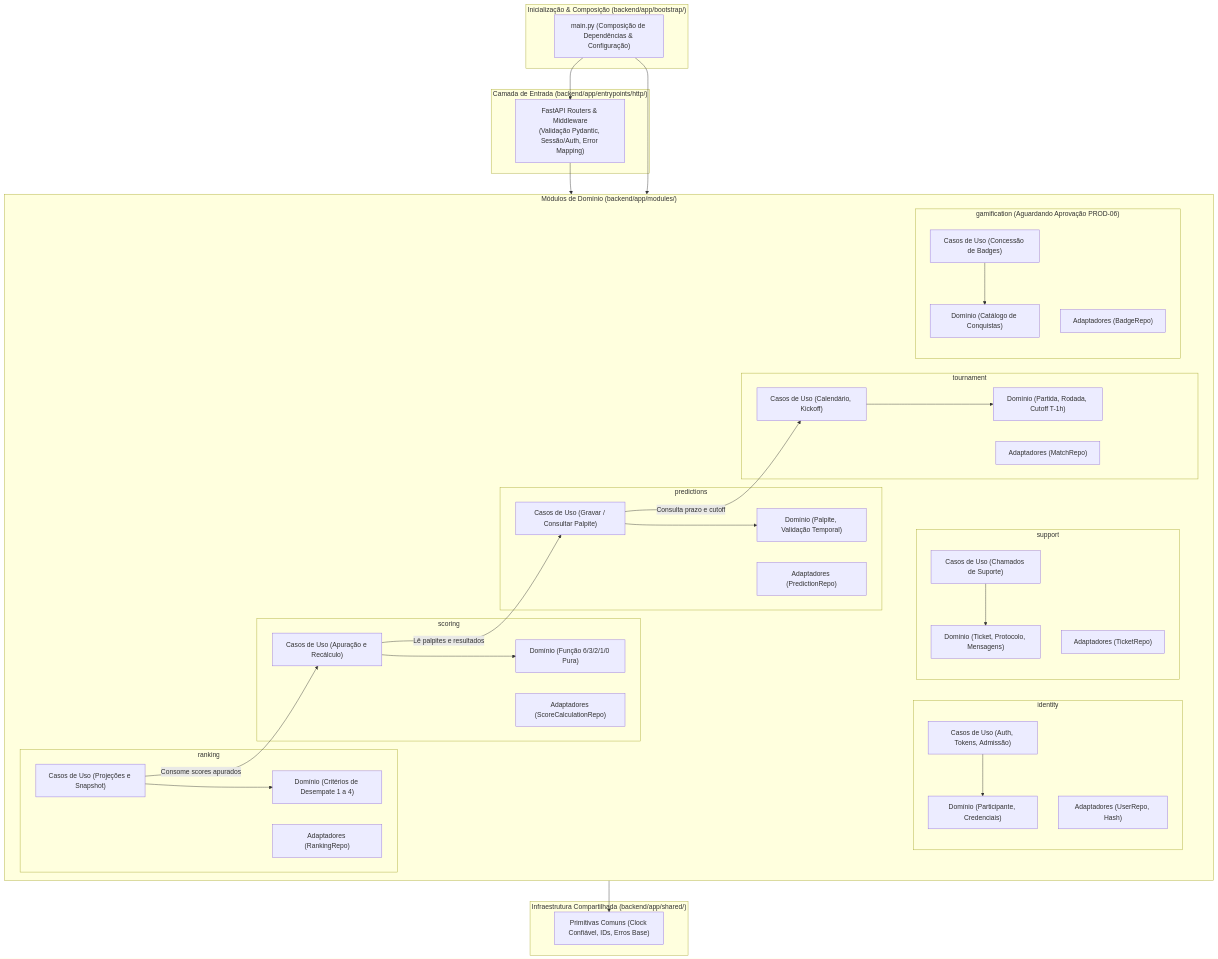
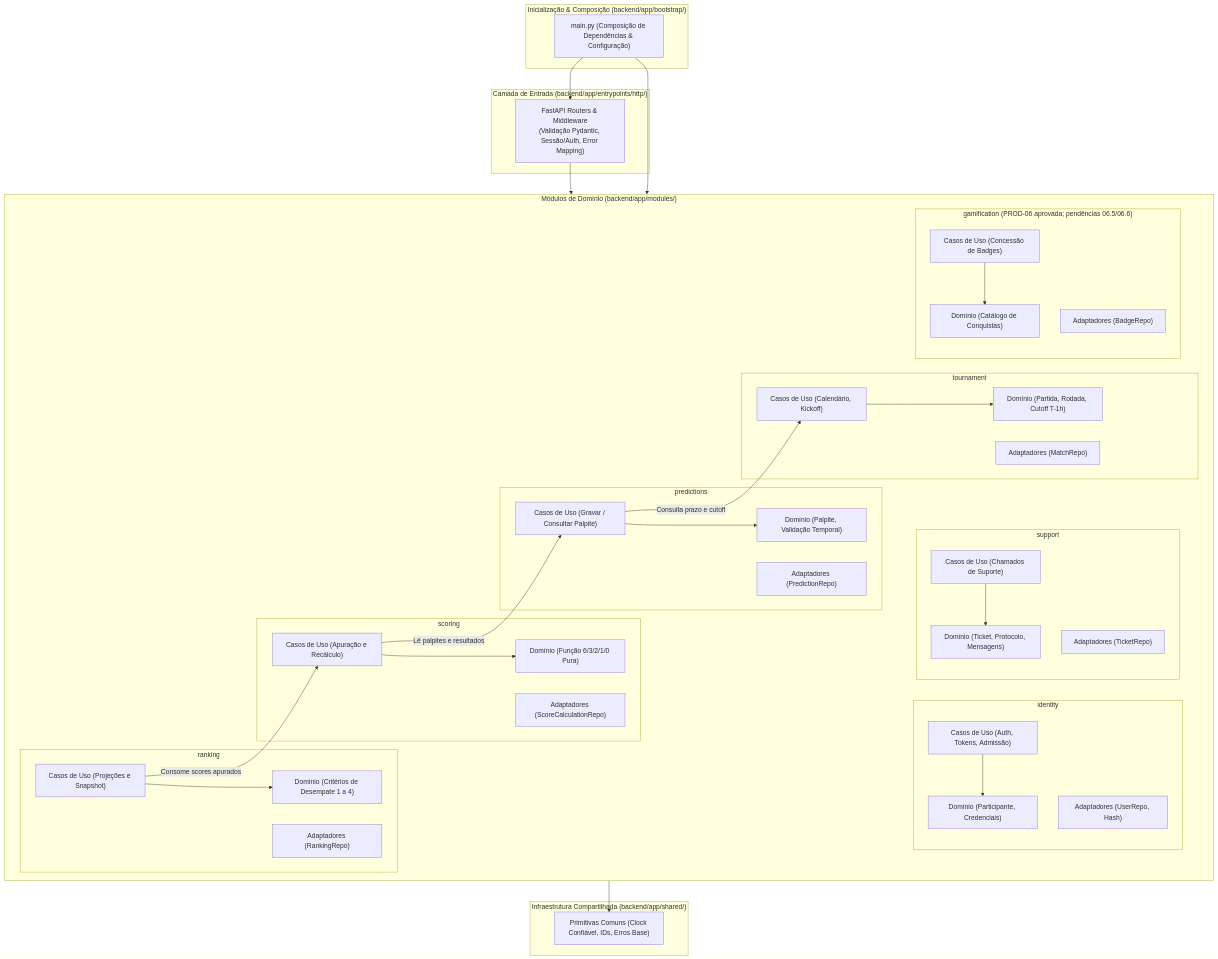
The second of 4 diagrams in README.md (malvesro/bolaoCopaFifa2027), drawn with Mermaid before and after one commit. The commit also changed other lines of this file and 10 other files, not shown here.

````diff
--- a/README.md
+++ b/README.md
@@ -116,74 +118,74 @@
 ```mermaid
 flowchart TD
   subgraph Entrypoints["Camada de Entrada (backend/app/entrypoints/http/)"]
     FastAPIApp["FastAPI Routers & Middleware\n(Validação Pydantic, Sessão/Auth, Error Mapping)"]
   end
 
   subgraph Modulos["Módulos de Domínio (backend/app/modules/)"]
     subgraph Identity["identity"]
       ID_App["Casos de Uso (Auth, Tokens, Admissão)"]
       ID_Dom["Domínio (Participante, Credenciais)"]
       ID_Adap["Adaptadores (UserRepo, Hash)"]
     end
 
     subgraph Tournament["tournament"]
       TO_App["Casos de Uso (Calendário, Kickoff)"]
       TO_Dom["Domínio (Partida, Rodada, Cutoff T-1h)"]
       TO_Adap["Adaptadores (MatchRepo)"]
     end
 
     subgraph Predictions["predictions"]
       PR_App["Casos de Uso (Gravar / Consultar Palpite)"]
       PR_Dom["Domínio (Palpite, Validação Temporal)"]
       PR_Adap["Adaptadores (PredictionRepo)"]
     end
 
     subgraph Scoring["scoring"]
       SC_App["Casos de Uso (Apuração e Recálculo)"]
       SC_Dom["Domínio (Função 6/3/2/1/0 Pura)"]
       SC_Adap["Adaptadores (ScoreCalculationRepo)"]
     end
 
     subgraph Ranking["ranking"]
       RK_App["Casos de Uso (Projeções e Snapshot)"]
       RK_Dom["Domínio (Critérios de Desempate 1 a 4)"]
       RK_Adap["Adaptadores (RankingRepo)"]
     end
 
     subgraph Support["support"]
       SP_App["Casos de Uso (Chamados de Suporte)"]
       SP_Dom["Domínio (Ticket, Protocolo, Mensagens)"]
       SP_Adap["Adaptadores (TicketRepo)"]
     end
 
-    subgraph Gamification["gamification (Aguardando Aprovação PROD-06)"]
+    subgraph Gamification["gamification (PROD-06 aprovada; pendências 06.5/06.6)"]
       GM_App["Casos de Uso (Concessão de Badges)"]
       GM_Dom["Domínio (Catálogo de Conquistas)"]
       GM_Adap["Adaptadores (BadgeRepo)"]
     end
   end
 
   subgraph Shared["Infraestrutura Compartilhada (backend/app/shared/)"]
     SharedCore["Primitivas Comuns (Clock Confiável, IDs, Erros Base)"]
   end
 
   subgraph Bootstrap["Inicialização & Composição (backend/app/bootstrap/)"]
     MainApp["main.py (Composição de Dependências & Configuração)"]
   end
 
   FastAPIApp --> Modulos
   ID_App --> ID_Dom
   TO_App --> TO_Dom
   PR_App --> PR_Dom
   SC_App --> SC_Dom
   RK_App --> RK_Dom
   SP_App --> SP_Dom
   GM_App --> GM_Dom
 
   PR_App -->|"Consulta prazo e cutoff"| TO_App
   SC_App -->|"Lê palpites e resultados"| PR_App
   RK_App -->|"Consome scores apurados"| SC_App
   Modulos --> SharedCore
   MainApp --> FastAPIApp
   MainApp --> Modulos
 ```
````
